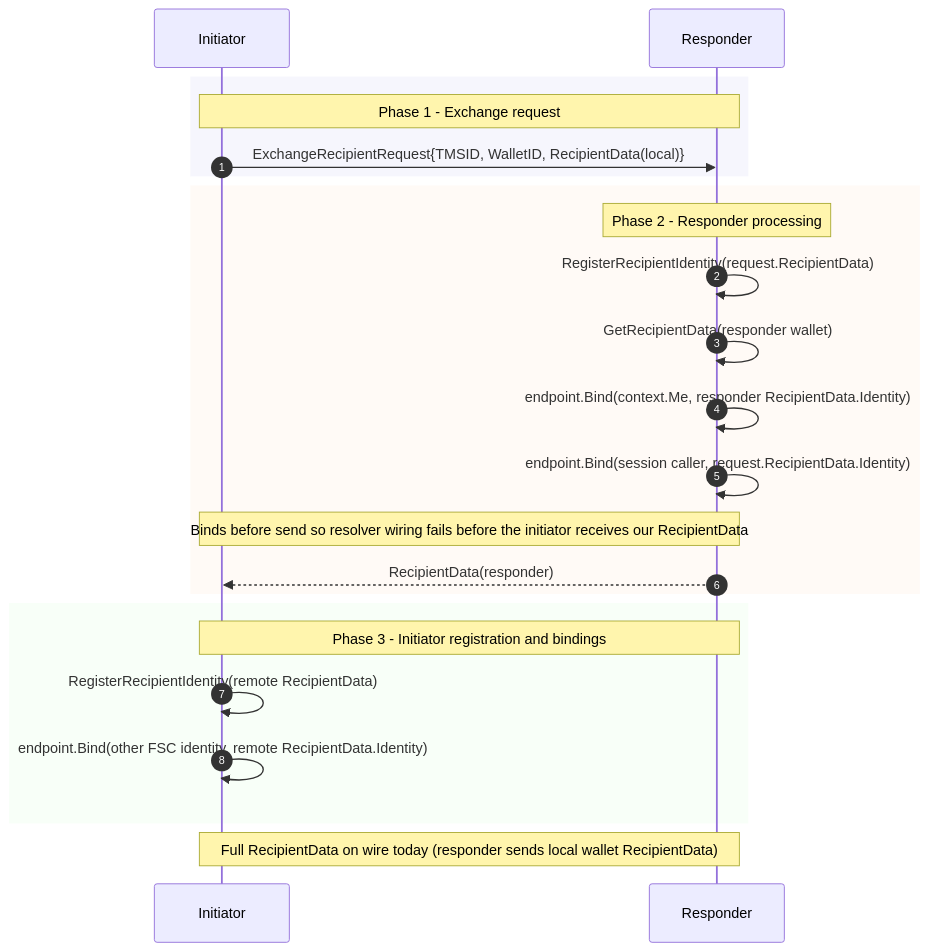
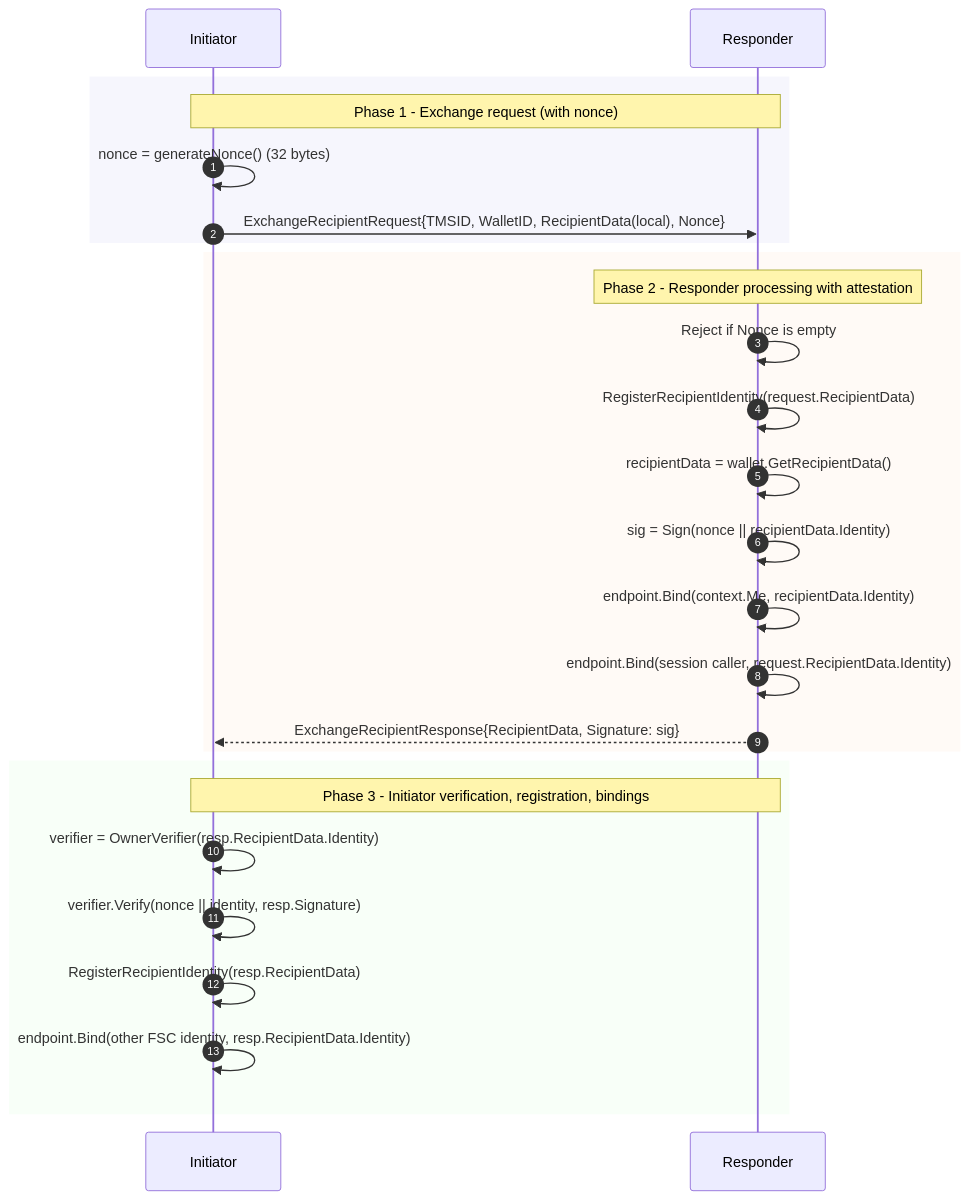
One commit to hyperledger-labs/fabric-token-sdk changed the third of 9 diagrams in docs/services/ttx.md. Above: the diagram before and after it, drawn with Mermaid. The commit also changed other lines of this file and 5 other files, not shown here.

First line of the commit message:
feat(ttx): recipient wire hardening — slim echo + nonce/signature binding (#1652 M3)

````diff
--- a/docs/services/ttx.md
+++ b/docs/services/ttx.md
@@ -134,29 +140,31 @@
 ```mermaid
 sequenceDiagram
     autonumber
     participant I as Initiator
     participant R as Responder
 
     rect rgba(230, 230, 250, 0.35)
-        Note over I,R: Phase 1 - Exchange request
-        I->>R: ExchangeRecipientRequest{TMSID, WalletID, RecipientData(local)}
+        Note over I,R: Phase 1 - Exchange request (with nonce)
+        I->>I: nonce = generateNonce() (32 bytes)
+        I->>R: ExchangeRecipientRequest{TMSID, WalletID, RecipientData(local), Nonce}
     end
 
     rect rgba(255, 245, 238, 0.5)
-        Note over R: Phase 2 - Responder processing
+        Note over R: Phase 2 - Responder processing with attestation
+        R->>R: Reject if Nonce is empty
         R->>R: RegisterRecipientIdentity(request.RecipientData)
-        R->>R: GetRecipientData(responder wallet)
-        R->>R: endpoint.Bind(context.Me, responder RecipientData.Identity)
+        R->>R: recipientData = wallet.GetRecipientData()
+        R->>R: sig = Sign(nonce || recipientData.Identity)
+        R->>R: endpoint.Bind(context.Me, recipientData.Identity)
         R->>R: endpoint.Bind(session caller, request.RecipientData.Identity)
-        Note over R,I: Binds before send so resolver wiring fails before the initiator receives our RecipientData
-        R-->>I: RecipientData(responder)
+        R-->>I: ExchangeRecipientResponse{RecipientData, Signature: sig}
     end
 
     rect rgba(240, 255, 240, 0.45)
-        Note over I,R: Phase 3 - Initiator registration and bindings
-        I->>I: RegisterRecipientIdentity(remote RecipientData)
-        I->>I: endpoint.Bind(other FSC identity, remote RecipientData.Identity)
+        Note over I,R: Phase 3 - Initiator verification, registration, bindings
+        I->>I: verifier = OwnerVerifier(resp.RecipientData.Identity)
+        I->>I: verifier.Verify(nonce || identity, resp.Signature)
+        I->>I: RegisterRecipientIdentity(resp.RecipientData)
+        I->>I: endpoint.Bind(other FSC identity, resp.RecipientData.Identity)
     end
-
-    Note over I,R: Full RecipientData on wire today (responder sends local wallet RecipientData)
 ```
````
